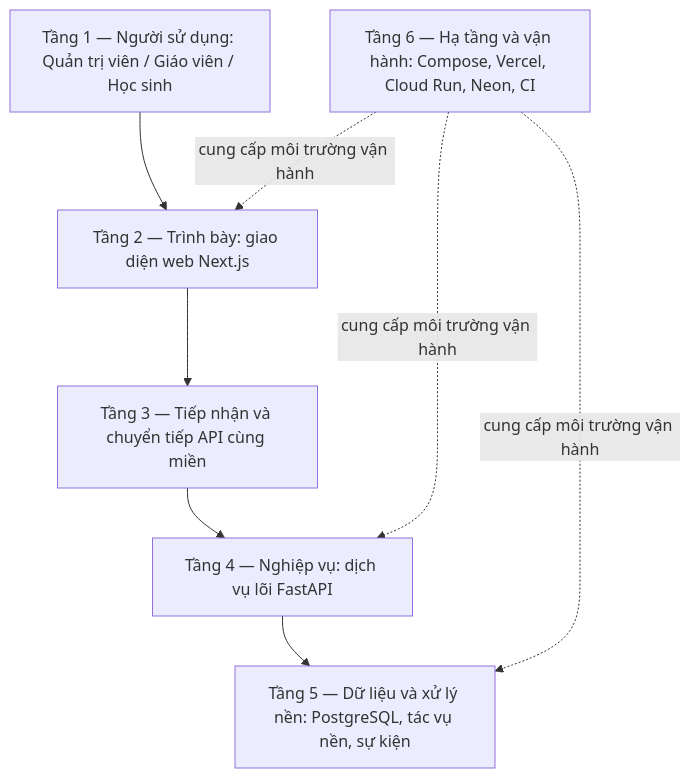
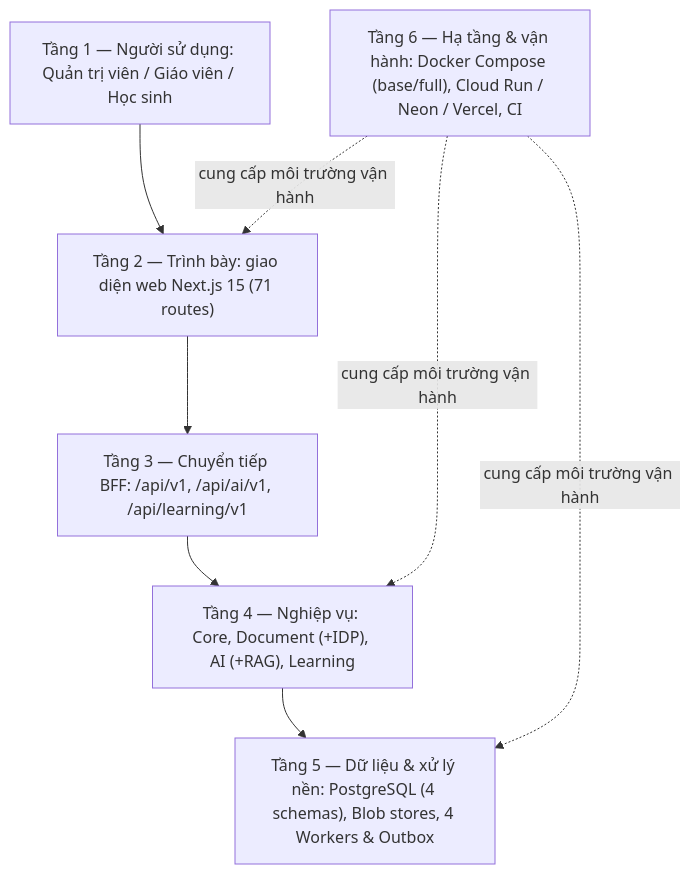
The diagram in docs/architect/lumi-design/diagrams_arch/A03_Layered_Architecture.mmd (quantd0106/DATN), drawn with Mermaid before and after one commit. The commit also changed 107 other files, not shown here.

```diff
--- a/docs/architect/lumi-design/diagrams_arch/A03_Layered_Architecture.mmd
+++ b/docs/architect/lumi-design/diagrams_arch/A03_Layered_Architecture.mmd
@@ -1,11 +1,11 @@
 flowchart TB
   U["Tầng 1 — Người sử dụng: Quản trị viên / Giáo viên / Học sinh"]
-  W["Tầng 2 — Trình bày: giao diện web Next.js"]
-  P["Tầng 3 — Tiếp nhận và chuyển tiếp API cùng miền"]
-  C["Tầng 4 — Nghiệp vụ: dịch vụ lõi FastAPI"]
-  D["Tầng 5 — Dữ liệu và xử lý nền: PostgreSQL, tác vụ nền, sự kiện"]
-  H["Tầng 6 — Hạ tầng và vận hành: Compose, Vercel, Cloud Run, Neon, CI"]
+  W["Tầng 2 — Trình bày: giao diện web Next.js 15 (71 routes)"]
+  P["Tầng 3 — Chuyển tiếp BFF: /api/v1, /api/ai/v1, /api/learning/v1"]
+  C["Tầng 4 — Nghiệp vụ: Core, Document (+IDP), AI (+RAG), Learning"]
+  D["Tầng 5 — Dữ liệu & xử lý nền: PostgreSQL (4 schemas), Blob stores, 4 Workers & Outbox"]
+  H["Tầng 6 — Hạ tầng & vận hành: Docker Compose (base/full), Cloud Run / Neon / Vercel, CI"]
   U --> W --> P --> C --> D
   H -. "cung cấp môi trường vận hành" .-> W
   H -. "cung cấp môi trường vận hành" .-> C
   H -. "cung cấp môi trường vận hành" .-> D
```
